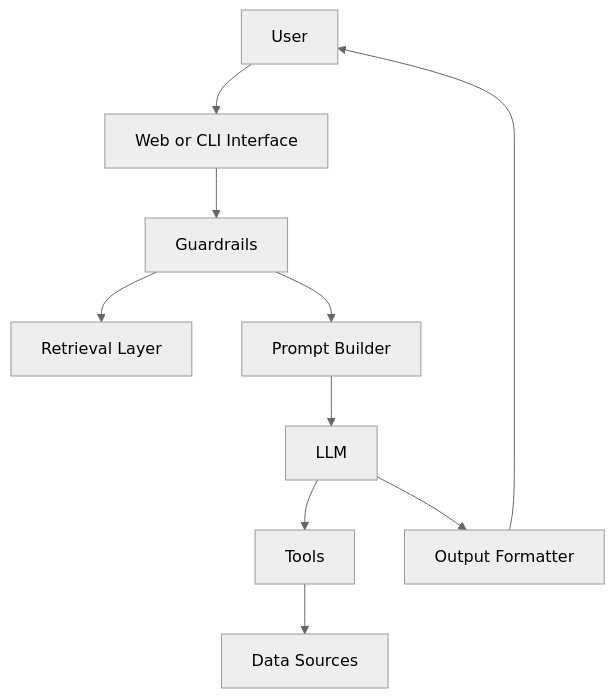
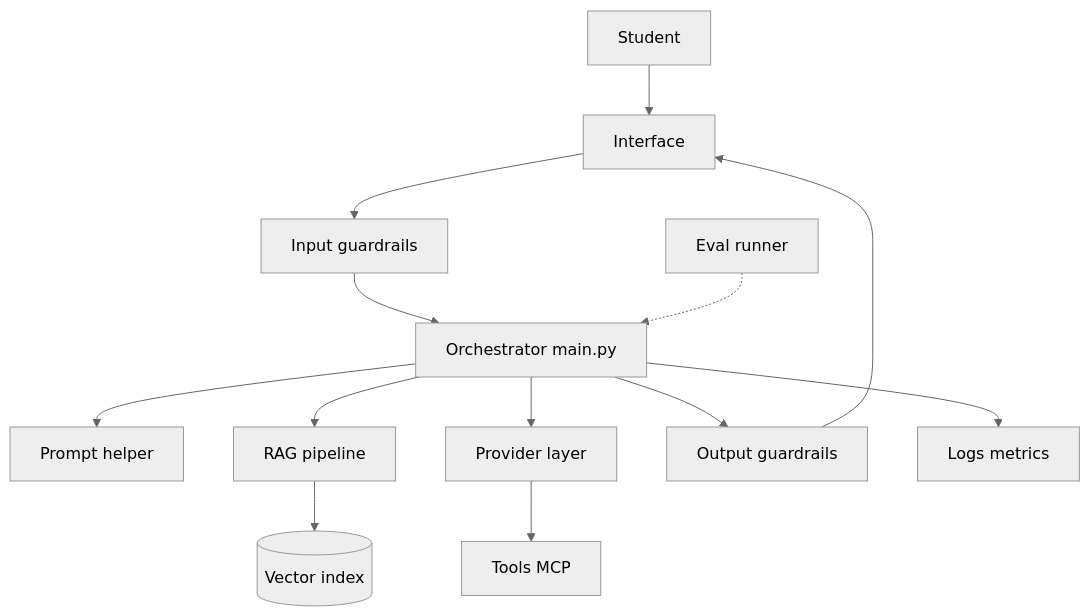
The third of 11 diagrams in day_30/day_30_capstone_project.md (Asabeneh/30-Days-Of-AI-Engineering), drawn with Mermaid (neutral theme) before and after one commit. The commit also changed other lines of this file and 49 other files, not shown here.

````diff
--- a/day_30/day_30_capstone_project.md
+++ b/day_30/day_30_capstone_project.md
@@ -156,12 +242,15 @@
 ```mermaid
 flowchart TD
-    U[User] --> UI[Web or CLI Interface]
-    UI --> G[Guardrails]
-    G --> R[Retrieval Layer]
-    G --> P[Prompt Builder]
-    P --> L[LLM]
-    L --> T[Tools]
-    T --> D[Data Sources]
-    L --> O[Output Formatter]
-    O --> U
+    U[Student] --> UI[Interface]
+    UI --> G1[Input guardrails]
+    G1 --> ORCH[Orchestrator main.py]
+    ORCH --> PH[Prompt helper]
+    ORCH --> RAG[RAG pipeline]
+    RAG --> VDB[(Vector index)]
+    ORCH --> LLM[Provider layer]
+    LLM --> TOOLS[Tools MCP]
+    ORCH --> G2[Output guardrails]
+    G2 --> UI
+    ORCH --> LOG[Logs metrics]
+    EVAL[Eval runner] -.-> ORCH
 ```
````
